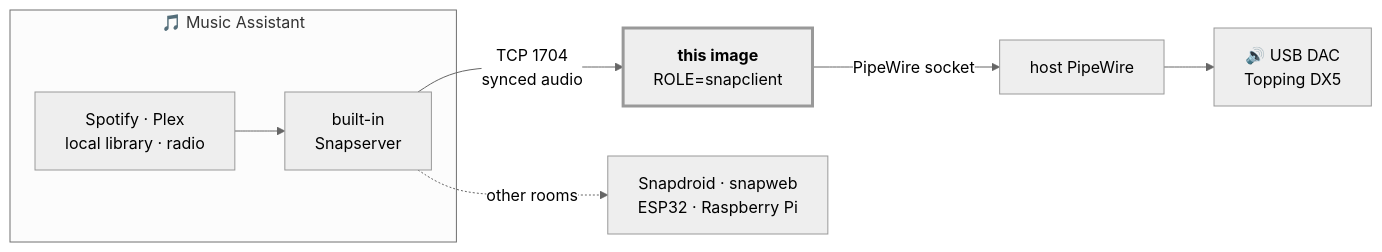
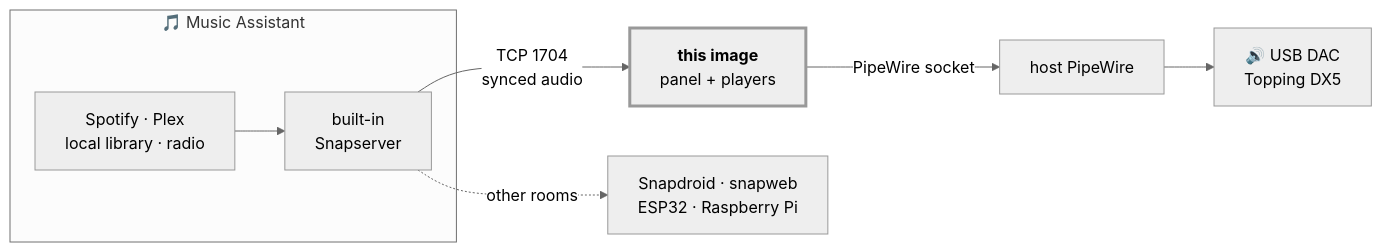
One commit to shuricksumy/pipewire-snapclient changed the diagram in README.md. Above: the diagram before and after it, drawn with Mermaid (neutral theme). The commit also changed other lines of this file, not shown here.

````diff
--- a/README.md
+++ b/README.md
@@ -34,14 +116,14 @@
 ```mermaid
 flowchart LR
     subgraph MA["🎵 Music Assistant"]
         LIB["Spotify · Plex<br/>local library · radio"] --> SS["built-in<br/>Snapserver"]
     end
 
-    SS -- "TCP 1704<br/>synced audio" --> SC["<b>this image</b><br/>ROLE=snapclient"]
+    SS -- "TCP 1704<br/>synced audio" --> SC["<b>this image</b><br/>panel + players"]
     SC -- "PipeWire socket" --> PW["host PipeWire"]
     PW --> DAC["🔊 USB DAC<br/>Topping DX5"]
 
     SS -. "other rooms" .-> OTHER["Snapdroid · snapweb<br/>ESP32 · Raspberry Pi"]
 
     style SC stroke-width:3px
 ```
````
